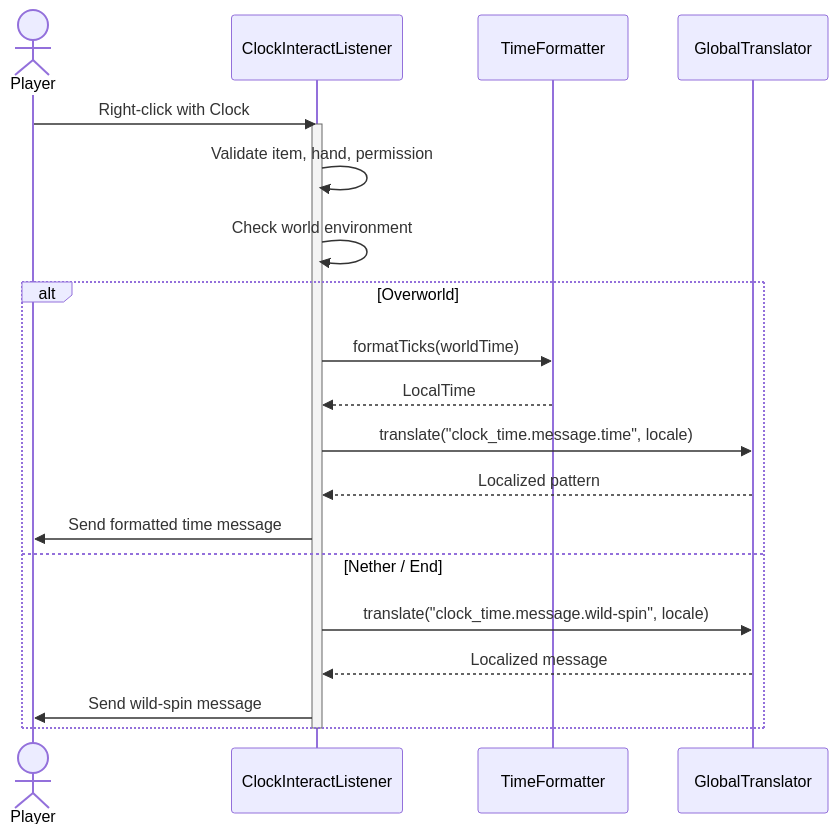
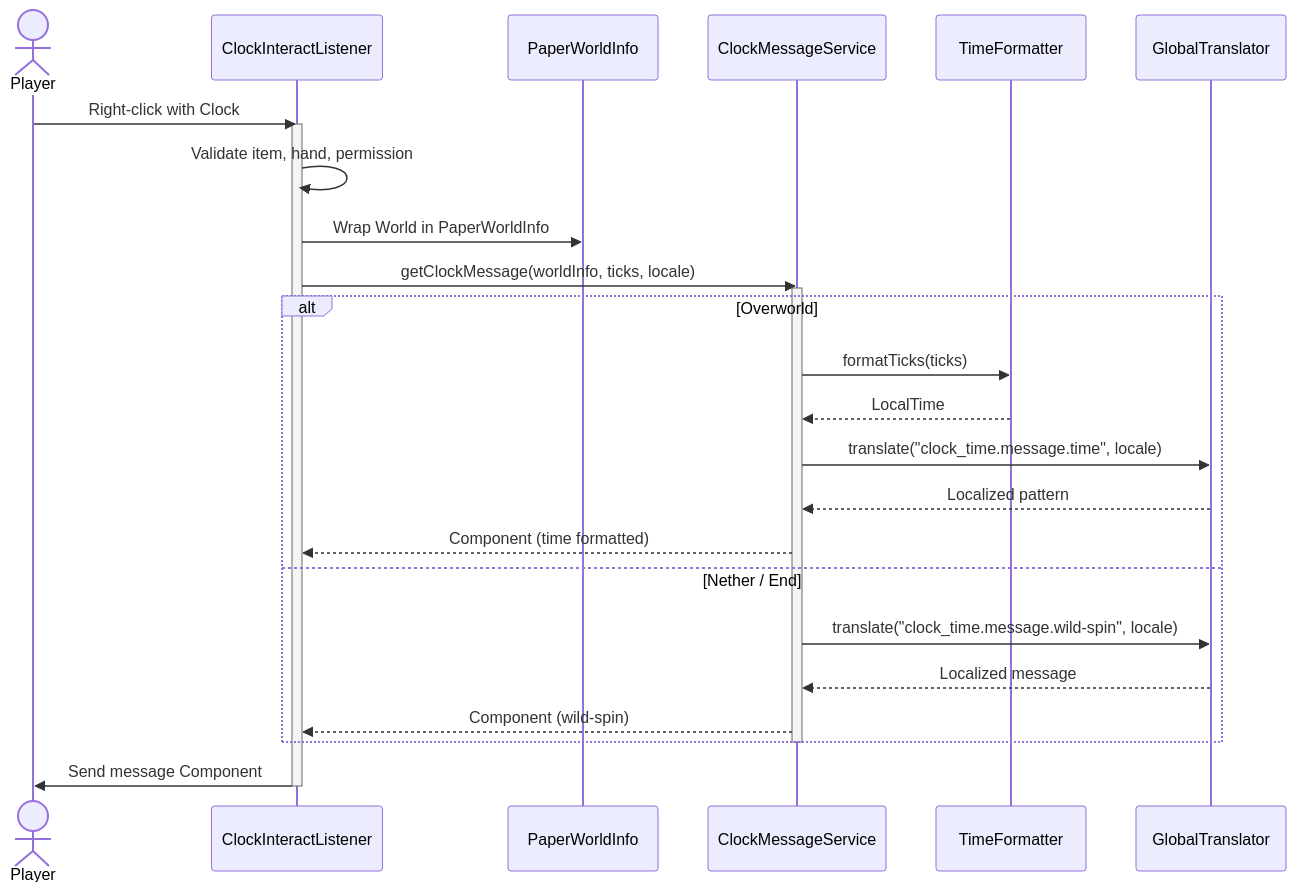
Before and after one commit to beduality/clock-gui: the second of 2 diagrams in docs/developers/explanation/architecture.md, drawn with Mermaid. The commit also changed other lines of this file and 42 other files, not shown here.

````diff
--- a/docs/developers/explanation/architecture.md
+++ b/docs/developers/explanation/architecture.md
@@ -60,25 +74,32 @@
 ```mermaid
 sequenceDiagram
     actor Player
     participant Listener as ClockInteractListener
+    participant Adapter as PaperWorldInfo
+    participant MsgService as ClockMessageService
     participant Formatter as TimeFormatter
     participant Translator as GlobalTranslator
 
     Player->>Listener: Right-click with Clock
     activate Listener
     Listener->>Listener: Validate item, hand, permission
-    Listener->>Listener: Check world environment
+    Listener->>Adapter: Wrap World in PaperWorldInfo
+    Listener->>MsgService: getClockMessage(worldInfo, ticks, locale)
+    activate MsgService
+    
+    alt Overworld
+        MsgService->>Formatter: formatTicks(ticks)
+        Formatter-->>MsgService: LocalTime
+        MsgService->>Translator: translate("clock_time.message.time", locale)
+        Translator-->>MsgService: Localized pattern
+        MsgService-->>Listener: Component (time formatted)
+    else Nether / End
+        MsgService->>Translator: translate("clock_time.message.wild-spin", locale)
+        Translator-->>MsgService: Localized message
+        MsgService-->>Listener: Component (wild-spin)
+    end
+    deactivate MsgService
 
-    alt Overworld
-        Listener->>Formatter: formatTicks(worldTime)
-        Formatter-->>Listener: LocalTime
-        Listener->>Translator: translate("clock_time.message.time", locale)
-        Translator-->>Listener: Localized pattern
-        Listener->>Player: Send formatted time message
-    else Nether / End
-        Listener->>Translator: translate("clock_time.message.wild-spin", locale)
-        Translator-->>Listener: Localized message
-        Listener->>Player: Send wild-spin message
-    end
+    Listener->>Player: Send message Component
     deactivate Listener
 ```
````
